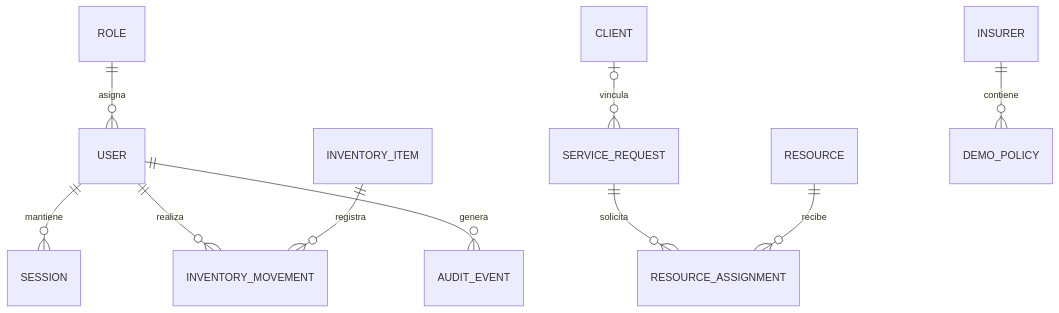
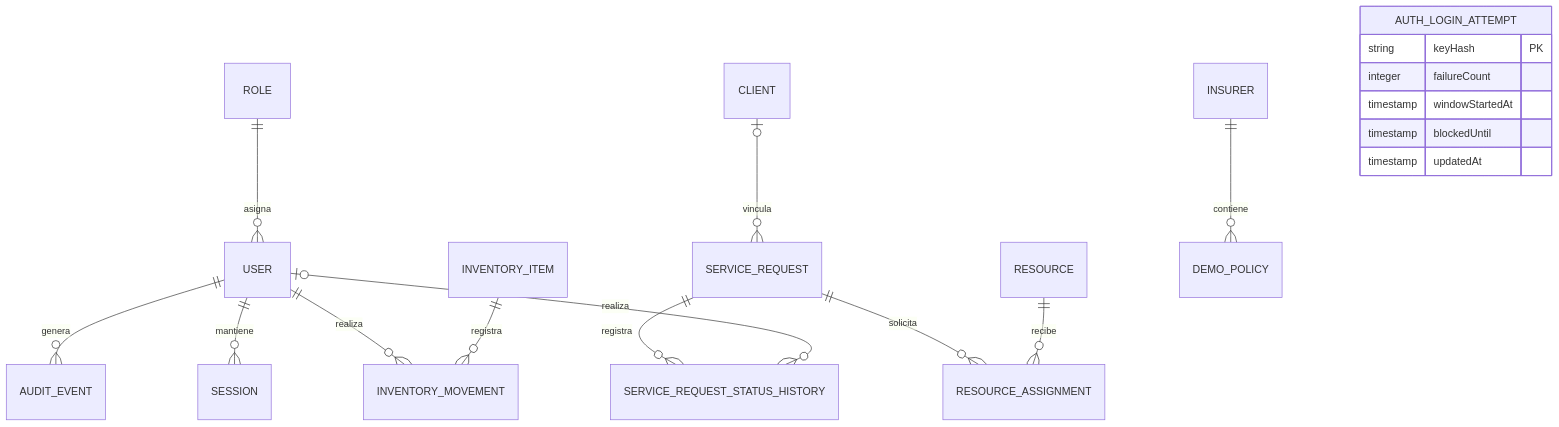
The diagram in docs/MODELO_DATOS.md (ThxtToo/serena-gestion-funeraria), drawn with Mermaid before and after one commit. The commit also changed other lines of this file and 33 other files, not shown here.

````diff
--- a/docs/MODELO_DATOS.md
+++ b/docs/MODELO_DATOS.md
@@ -304,12 +349,21 @@
 ```mermaid
 erDiagram
     ROLE ||--o{ USER : asigna
     USER ||--o{ SESSION : mantiene
     CLIENT o|--o{ SERVICE_REQUEST : vincula
+    SERVICE_REQUEST ||--o{ SERVICE_REQUEST_STATUS_HISTORY : registra
+    USER o|--o{ SERVICE_REQUEST_STATUS_HISTORY : realiza
     USER ||--o{ INVENTORY_MOVEMENT : realiza
     INVENTORY_ITEM ||--o{ INVENTORY_MOVEMENT : registra
     SERVICE_REQUEST ||--o{ RESOURCE_ASSIGNMENT : solicita
     RESOURCE ||--o{ RESOURCE_ASSIGNMENT : recibe
     USER ||--o{ AUDIT_EVENT : genera
     INSURER ||--o{ DEMO_POLICY : contiene
+    AUTH_LOGIN_ATTEMPT {
+        string keyHash PK
+        integer failureCount
+        timestamp windowStartedAt
+        timestamp blockedUntil
+        timestamp updatedAt
+    }
 ```
````
